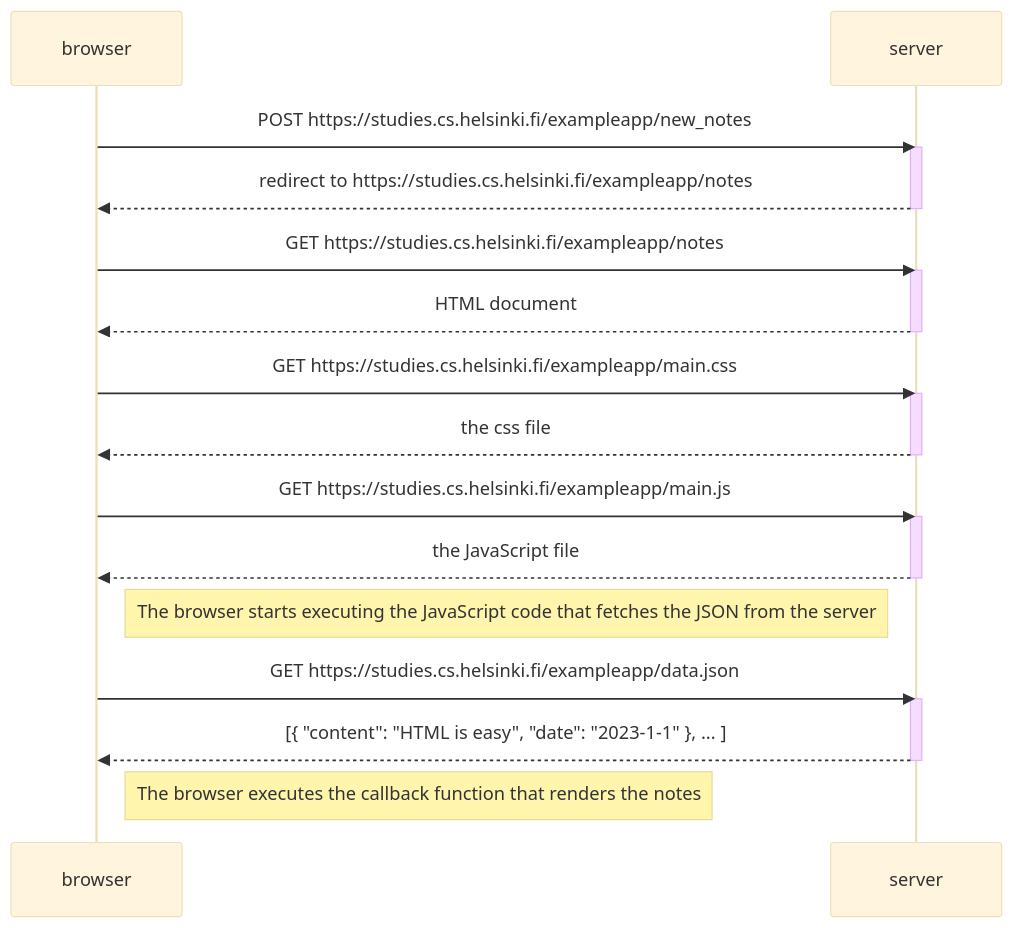
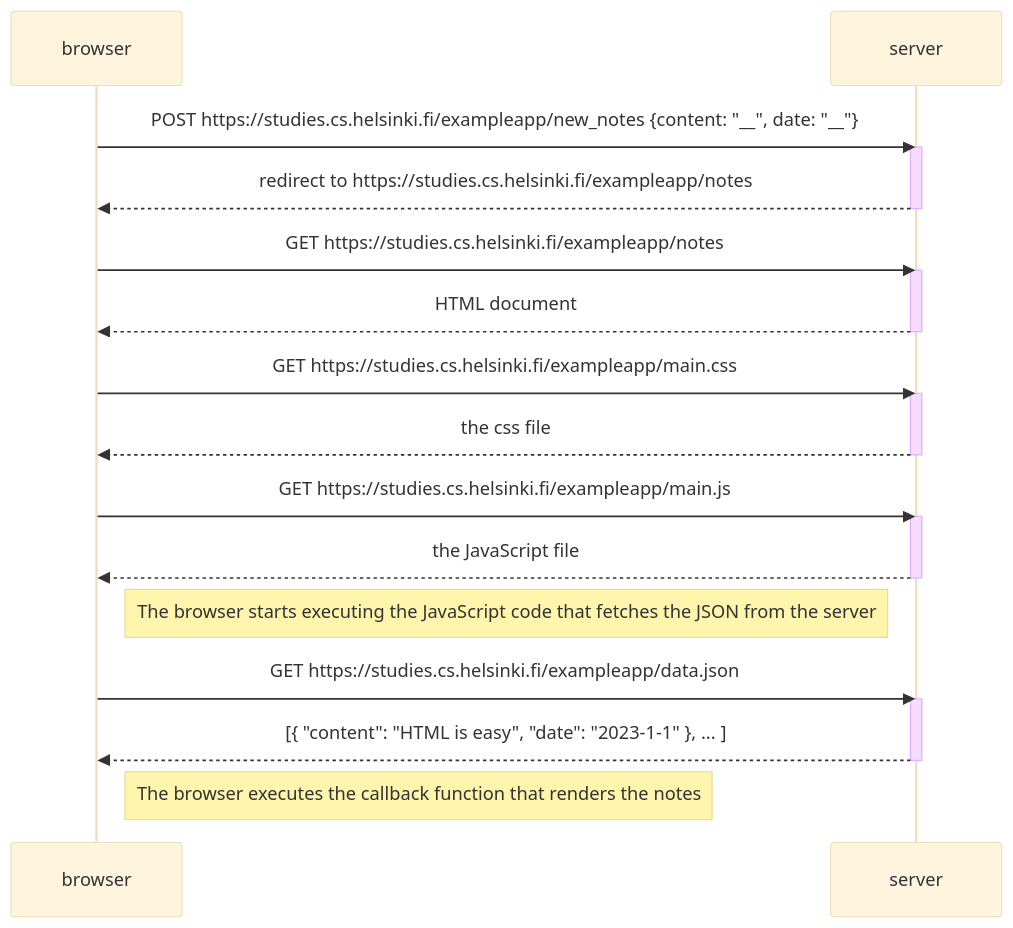
The diagram in part 0/0_4.md (MattMunoz/Full-Stack-Helsinki), drawn with Mermaid (base theme) before and after one commit.

````diff
--- a/part 0/0_4.md
+++ b/part 0/0_4.md
@@ -1,34 +1,34 @@
 ```mermaid
 sequenceDiagram
     participant browser
     participant server
 
-    browser->>server: POST https://studies.cs.helsinki.fi/exampleapp/new_notes
+    browser->>server: POST https://studies.cs.helsinki.fi/exampleapp/new_notes {content: "__", date: "__"}
     activate server
     server-->>browser: redirect to https://studies.cs.helsinki.fi/exampleapp/notes
     deactivate server
 
     browser->>server: GET https://studies.cs.helsinki.fi/exampleapp/notes
     activate server
     server-->>browser: HTML document
     deactivate server
 
     browser->>server: GET https://studies.cs.helsinki.fi/exampleapp/main.css
     activate server
     server-->>browser: the css file
     deactivate server
 
     browser->>server: GET https://studies.cs.helsinki.fi/exampleapp/main.js
     activate server
     server-->>browser: the JavaScript file
     deactivate server
 
     Note right of browser: The browser starts executing the JavaScript code that fetches the JSON from the server
 
     browser->>server: GET https://studies.cs.helsinki.fi/exampleapp/data.json
     activate server
     server-->>browser: [{ "content": "HTML is easy", "date": "2023-1-1" }, ... ]
     deactivate server
 
     Note right of browser: The browser executes the callback function that renders the notes
 ```
````
